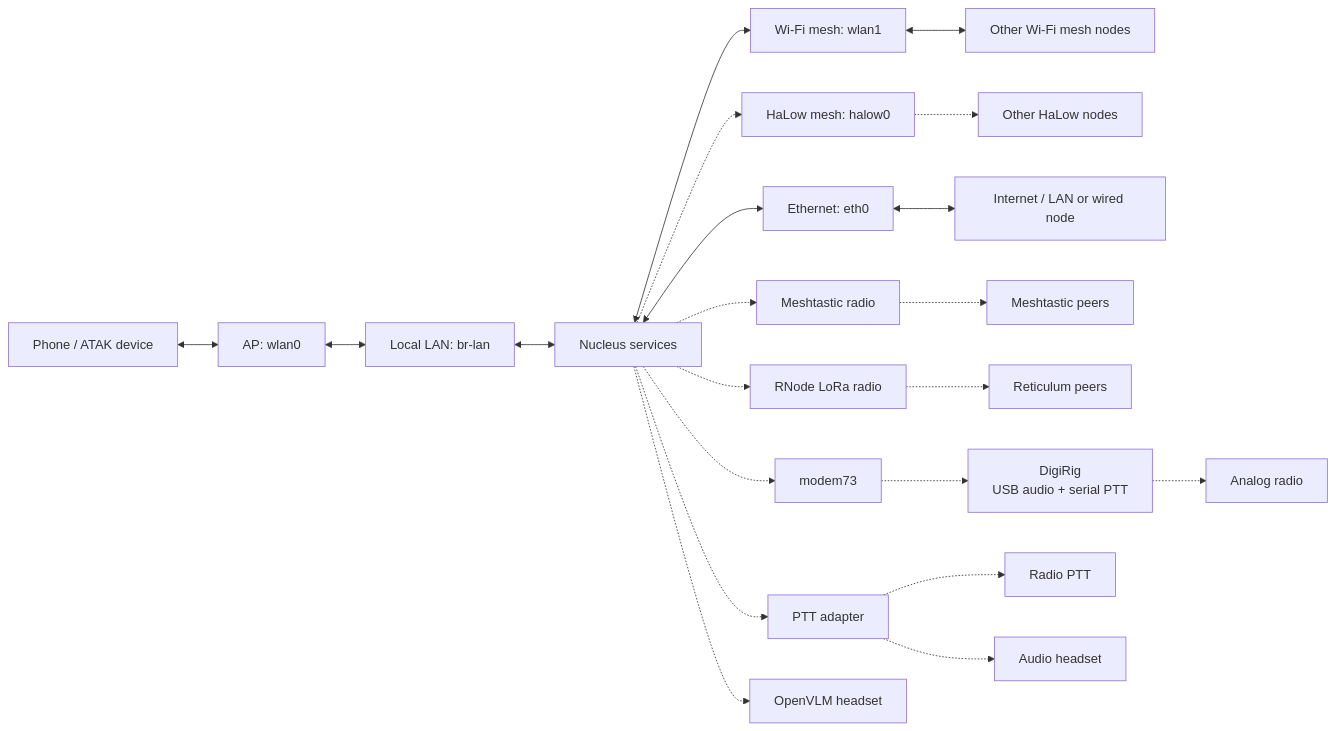
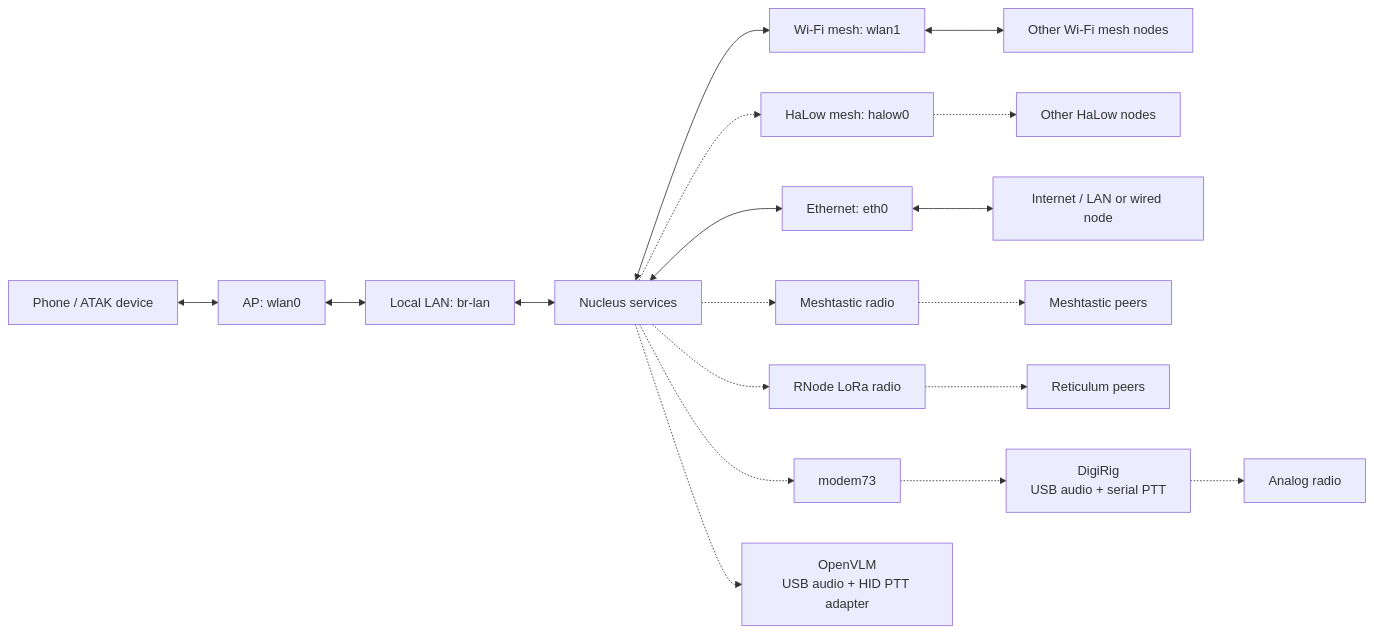
The first of 7 diagrams in docs/architecture.md (Natak-Mesh/V3_OS), drawn with Mermaid before and after one commit. The commit also changed other lines of this file, not shown here.

Commit message:
docs: show OpenVLM as PTT adapter

````diff
--- a/docs/architecture.md
+++ b/docs/architecture.md
@@ -19,23 +19,20 @@
 ```mermaid
 flowchart LR
     phone["Phone / ATAK device"] <--> ap["AP: wlan0"]
     ap <--> lan["Local LAN: br-lan"]
     lan <--> node["Nucleus services"]
     node <--> wifi["Wi-Fi mesh: wlan1"]
     wifi <--> wifiPeers["Other Wi-Fi mesh nodes"]
     node -.-> halow["HaLow mesh: halow0"]
     halow -.-> halowPeers["Other HaLow nodes"]
     node <--> eth["Ethernet: eth0"]
     eth <--> wired["Internet / LAN or wired node"]
     node -.-> meshtastic["Meshtastic radio"]
     meshtastic -.-> meshtasticPeers["Meshtastic peers"]
     node -.-> rnode["RNode LoRa radio"]
     rnode -.-> rnsPeers["Reticulum peers"]
     node -.-> modem["modem73"]
     modem -.-> digirig["DigiRig<br/>USB audio + serial PTT"]
     digirig -.-> analog["Analog radio"]
-    node -.-> pttAdapter["PTT adapter"]
-    pttAdapter -.-> radioPtt["Radio PTT"]
-    pttAdapter -.-> audioHeadset["Audio headset"]
-    node -.-> headset["OpenVLM headset"]
+    node -.-> openvlm["OpenVLM<br/>USB audio + HID PTT adapter"]
 ```
````
